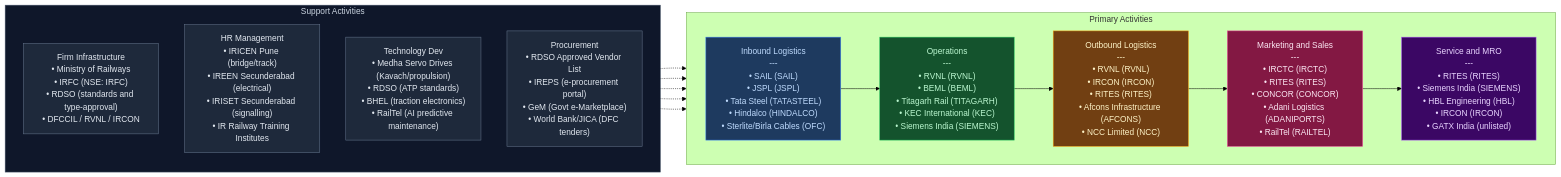
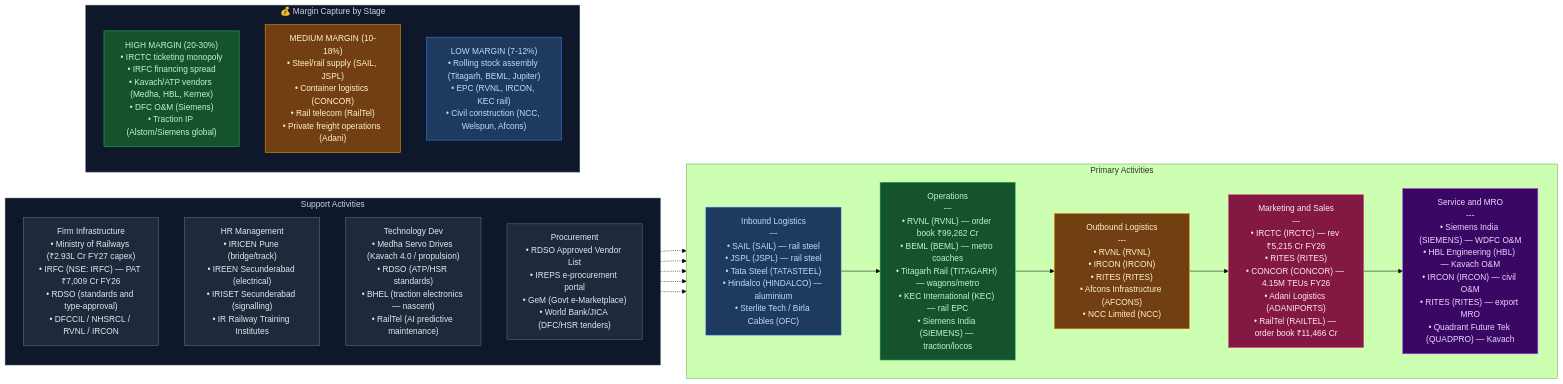
One commit to Anubhavsingh13/Value_chain changed the second of 2 diagrams in Railway - Value Chain Analysis.md. Above: the diagram before and after it, drawn with Mermaid (forest theme). The commit also changed other lines of this file, not shown here.

````diff
--- a/Railway - Value Chain Analysis.md
+++ b/Railway - Value Chain Analysis.md
@@ -547,38 +643,49 @@
 ```mermaid
 flowchart LR
     subgraph SUPPORT["Support Activities"]
         direction TB
-        FI["Firm Infrastructure\n• Ministry of Railways\n• IRFC (NSE: IRFC)\n• RDSO (standards and type-approval)\n• DFCCIL / RVNL / IRCON"]
+        FI["Firm Infrastructure\n• Ministry of Railways (₹2.93L Cr FY27 capex)\n• IRFC (NSE: IRFC) — PAT ₹7,009 Cr FY26\n• RDSO (standards and type-approval)\n• DFCCIL / NHSRCL / RVNL / IRCON"]
         HR["HR Management\n• IRICEN Pune (bridge/track)\n• IREEN Secunderabad (electrical)\n• IRISET Secunderabad (signalling)\n• IR Railway Training Institutes"]
-        TD["Technology Dev\n• Medha Servo Drives (Kavach/propulsion)\n• RDSO (ATP standards)\n• BHEL (traction electronics)\n• RailTel (AI predictive maintenance)"]
-        PR["Procurement\n• RDSO Approved Vendor List\n• IREPS (e-procurement portal)\n• GeM (Govt e-Marketplace)\n• World Bank/JICA (DFC tenders)"]
+        TD["Technology Dev\n• Medha Servo Drives (Kavach 4.0 / propulsion)\n• RDSO (ATP/HSR standards)\n• BHEL (traction electronics — nascent)\n• RailTel (AI predictive maintenance)"]
+        PR["Procurement\n• RDSO Approved Vendor List\n• IREPS e-procurement portal\n• GeM (Govt e-Marketplace)\n• World Bank/JICA (DFC/HSR tenders)"]
     end
 
     subgraph PRIMARY["Primary Activities"]
         direction LR
-        IL["Inbound Logistics\n---\n• SAIL (SAIL)\n• JSPL (JSPL)\n• Tata Steel (TATASTEEL)\n• Hindalco (HINDALCO)\n• Sterlite/Birla Cables (OFC)"]
-        OP["Operations\n---\n• RVNL (RVNL)\n• BEML (BEML)\n• Titagarh Rail (TITAGARH)\n• KEC International (KEC)\n• Siemens India (SIEMENS)"]
+        IL["Inbound Logistics\n---\n• SAIL (SAIL) — rail steel\n• JSPL (JSPL) — rail steel\n• Tata Steel (TATASTEEL)\n• Hindalco (HINDALCO) — aluminium\n• Sterlite Tech / Birla Cables (OFC)"]
+        OP["Operations\n---\n• RVNL (RVNL) — order book ₹99,262 Cr\n• BEML (BEML) — metro coaches\n• Titagarh Rail (TITAGARH) — wagons/metro\n• KEC International (KEC) — rail EPC\n• Siemens India (SIEMENS) — traction/locos"]
         OL["Outbound Logistics\n---\n• RVNL (RVNL)\n• IRCON (IRCON)\n• RITES (RITES)\n• Afcons Infrastructure (AFCONS)\n• NCC Limited (NCC)"]
-        MS["Marketing and Sales\n---\n• IRCTC (IRCTC)\n• RITES (RITES)\n• CONCOR (CONCOR)\n• Adani Logistics (ADANIPORTS)\n• RailTel (RAILTEL)"]
-        SV["Service and MRO\n---\n• RITES (RITES)\n• Siemens India (SIEMENS)\n• HBL Engineering (HBL)\n• IRCON (IRCON)\n• GATX India (unlisted)"]
+        MS["Marketing and Sales\n---\n• IRCTC (IRCTC) — rev ₹5,215 Cr FY26\n• RITES (RITES)\n• CONCOR (CONCOR) — 4.15M TEUs FY26\n• Adani Logistics (ADANIPORTS)\n• RailTel (RAILTEL) — order book ₹11,466 Cr"]
+        SV["Service and MRO\n---\n• Siemens India (SIEMENS) — WDFC O&M\n• HBL Engineering (HBL) — Kavach O&M\n• IRCON (IRCON) — civil O&M\n• RITES (RITES) — export MRO\n• Quadrant Future Tek (QUADPRO) — Kavach"]
     end
 
     IL --> OP --> OL --> MS --> SV
 
     SUPPORT -.-> IL
     SUPPORT -.-> OP
     SUPPORT -.-> OL
     SUPPORT -.-> MS
     SUPPORT -.-> SV
+
+    subgraph MARGIN["💰 Margin Capture by Stage"]
+        direction TB
+        HIGH["HIGH MARGIN (20-30%)\n• IRCTC ticketing monopoly\n• IRFC financing spread\n• Kavach/ATP vendors (Medha, HBL, Kernex)\n• DFC O&M (Siemens)\n• Traction IP (Alstom/Siemens global)"]
+        MED["MEDIUM MARGIN (10-18%)\n• Steel/rail supply (SAIL, JSPL)\n• Container logistics (CONCOR)\n• Rail telecom (RailTel)\n• Private freight operations (Adani)"]
+        LOW["LOW MARGIN (7-12%)\n• Rolling stock assembly (Titagarh, BEML, Jupiter)\n• EPC (RVNL, IRCON, KEC rail)\n• Civil construction (NCC, Welspun, Afcons)"]
+    end
 
     style IL fill:#1e3a5f,stroke:#3b82f6,color:#bfdbfe
     style OP fill:#14532d,stroke:#22c55e,color:#bbf7d0
     style OL fill:#713f12,stroke:#f59e0b,color:#fef3c7
     style MS fill:#831843,stroke:#ec4899,color:#fce7f3
     style SV fill:#3b0764,stroke:#a855f7,color:#e9d5ff
     style SUPPORT fill:#0f172a,stroke:#475569,color:#cbd5e1
     style FI fill:#1e293b,stroke:#64748b,color:#e2e8f0
     style HR fill:#1e293b,stroke:#64748b,color:#e2e8f0
     style TD fill:#1e293b,stroke:#64748b,color:#e2e8f0
     style PR fill:#1e293b,stroke:#64748b,color:#e2e8f0
+    style HIGH fill:#14532d,stroke:#22c55e,color:#bbf7d0
+    style MED fill:#713f12,stroke:#f59e0b,color:#fef3c7
+    style LOW fill:#1e3a5f,stroke:#3b82f6,color:#bfdbfe
+    style MARGIN fill:#0f172a,stroke:#475569,color:#cbd5e1
 ```
````
